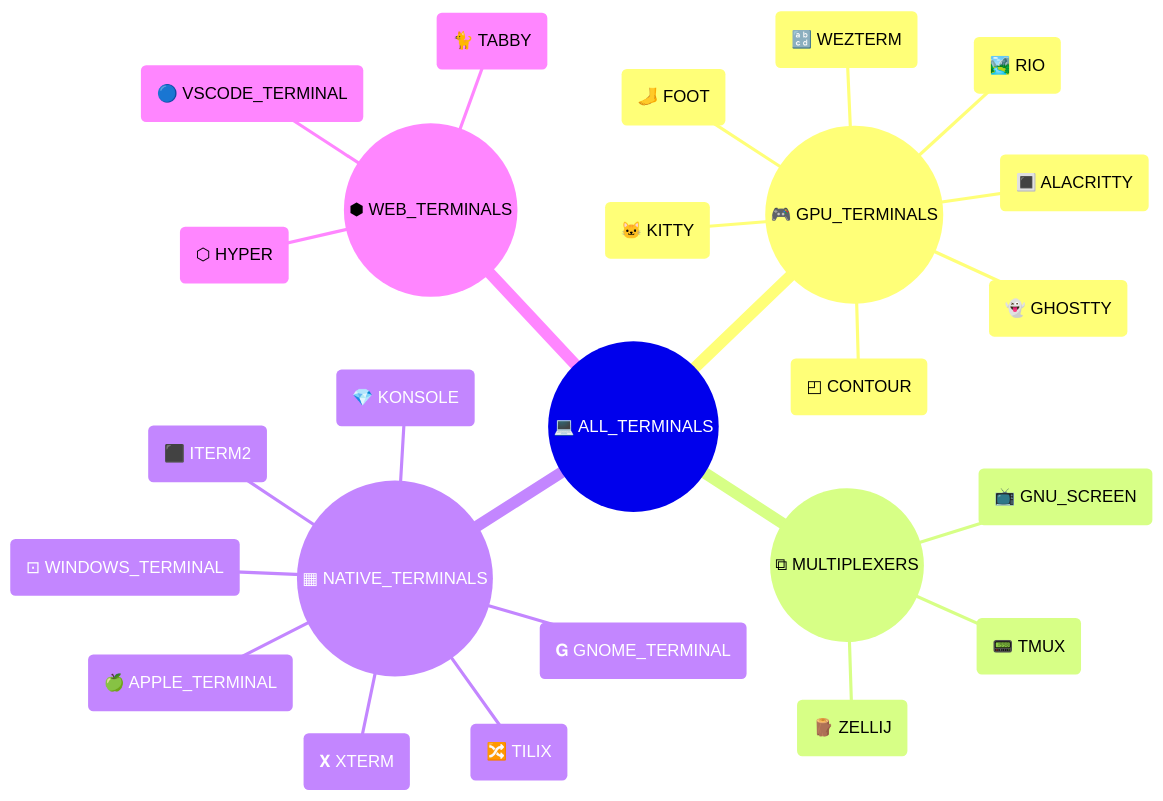
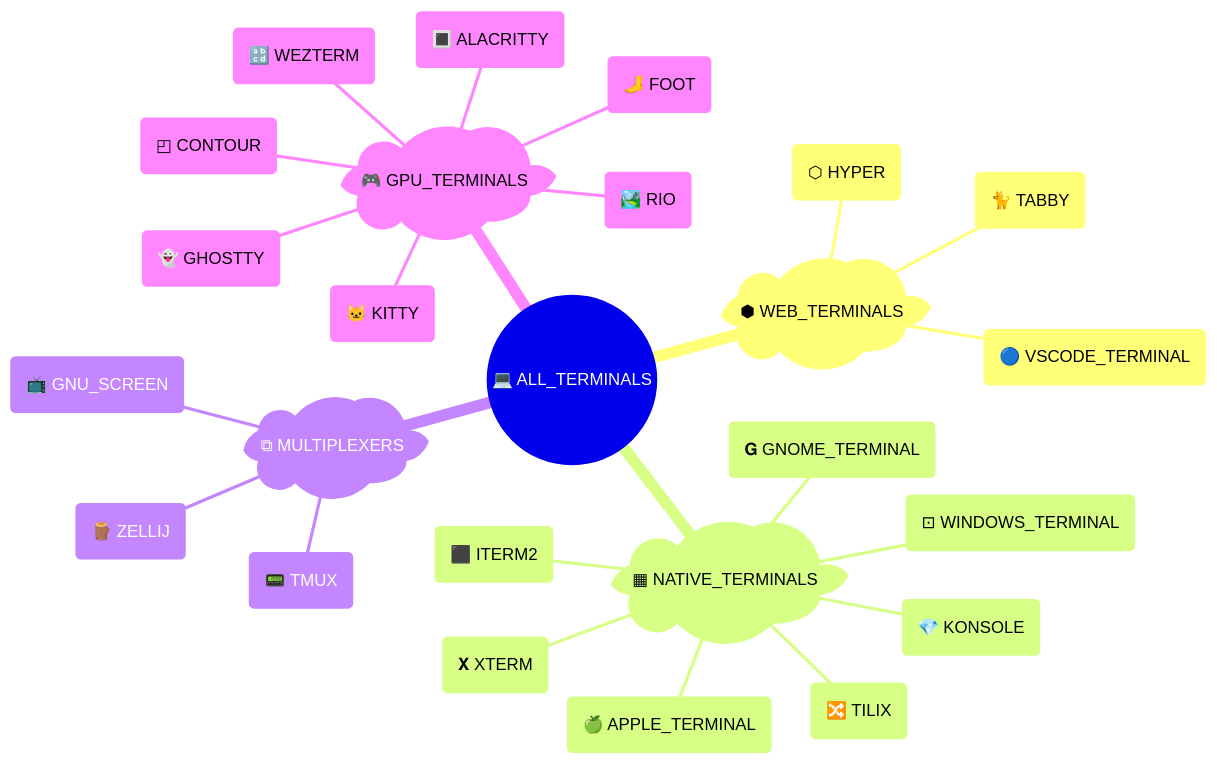
Before and after one commit to kdeldycke/extra-platforms: the second of 2 diagrams in docs/terminals.md, drawn with Mermaid. The commit also changed other lines of this file and 4 other files, not shown here.

````diff
--- a/docs/terminals.md
+++ b/docs/terminals.md
@@ -138,31 +142,31 @@
 ```mermaid
 ---
 config: {"mindmap": {"padding": 5}}
 ---
 mindmap
     ((💻 ALL_TERMINALS))
-        ((🎮 GPU_TERMINALS))
+        )⬢ WEB_TERMINALS(
+            (⬡ HYPER)
+            (🐈 TABBY)
+            (🔵 VSCODE_TERMINAL)
+        )▦ NATIVE_TERMINALS(
+            (🍏 APPLE_TERMINAL)
+            (𝐆 GNOME_TERMINAL)
+            (⬛ ITERM2)
+            (💎 KONSOLE)
+            (🔀 TILIX)
+            (⊡ WINDOWS_TERMINAL)
+            (𝐗 XTERM)
+        )⧉ MULTIPLEXERS(
+            (📺 GNU_SCREEN)
+            (📟 TMUX)
+            (🪵 ZELLIJ)
+        )🎮 GPU_TERMINALS(
             (🔳 ALACRITTY)
             (◰ CONTOUR)
             (🦶 FOOT)
             (👻 GHOSTTY)
             (🐱 KITTY)
             (🏞️ RIO)
             (🔡 WEZTERM)
-        ((⧉ MULTIPLEXERS))
-            (📺 GNU_SCREEN)
-            (📟 TMUX)
-            (🪵 ZELLIJ)
-        ((▦ NATIVE_TERMINALS))
-            (🍏 APPLE_TERMINAL)
-            (𝐆 GNOME_TERMINAL)
-            (⬛ ITERM2)
-            (💎 KONSOLE)
-            (🔀 TILIX)
-            (⊡ WINDOWS_TERMINAL)
-            (𝐗 XTERM)
-        ((⬢ WEB_TERMINALS))
-            (⬡ HYPER)
-            (🐈 TABBY)
-            (🔵 VSCODE_TERMINAL)
 ```
````
